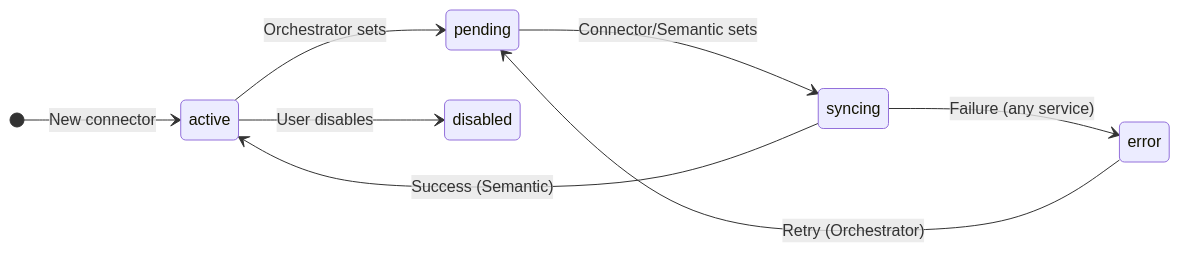
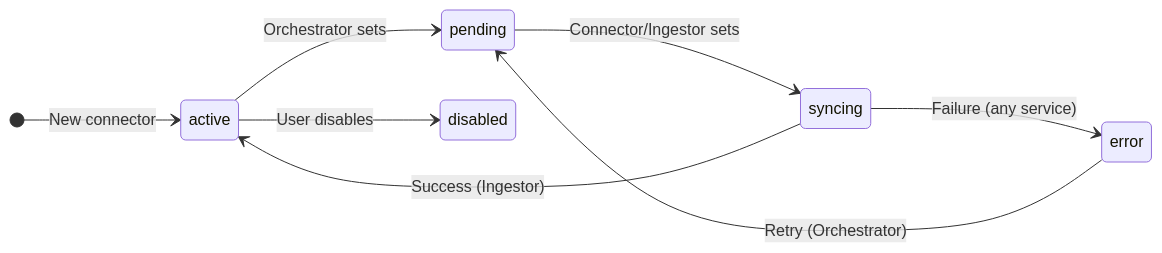
Before and after one commit to gen-mind/EchoMind: the third of 5 diagrams in docs/services/orchestrator-service.md, drawn with Mermaid. The commit also changed other lines of this file and 3 other files, not shown here.

Commit message:
migrating from semantic to ingestor

````diff
--- a/docs/services/orchestrator-service.md
+++ b/docs/services/orchestrator-service.md
@@ -275,18 +275,18 @@
 ```mermaid
 stateDiagram-v2
     direction LR
 
     ACTIVE: active
     PENDING: pending
     SYNCING: syncing
     ERROR: error
     DISABLED: disabled
 
     [*] --> ACTIVE: New connector
     ACTIVE --> PENDING: Orchestrator sets
-    PENDING --> SYNCING: Connector/Semantic sets
-    SYNCING --> ACTIVE: Success (Semantic)
+    PENDING --> SYNCING: Connector/Ingestor sets
+    SYNCING --> ACTIVE: Success (Ingestor)
     SYNCING --> ERROR: Failure (any service)
     ERROR --> PENDING: Retry (Orchestrator)
     ACTIVE --> DISABLED: User disables
 ```
````
